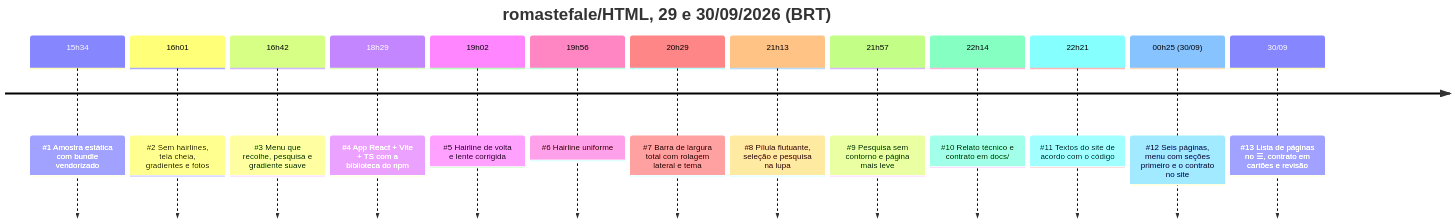
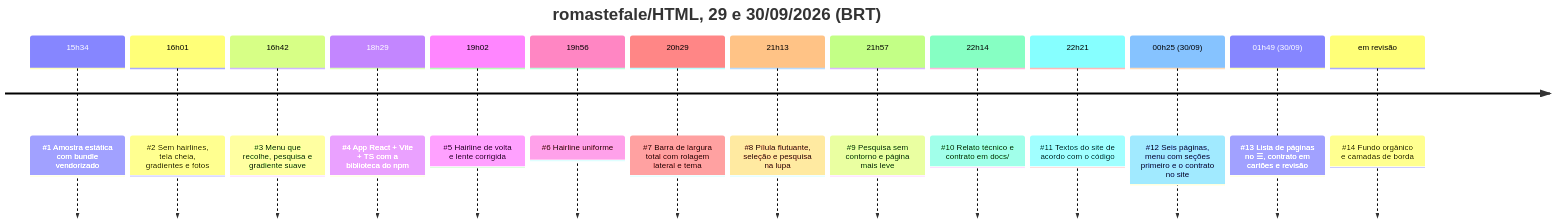
Before and after one commit to romastefale/HTML: the diagram in docs/HISTORICO.md, drawn with Mermaid. The commit also changed other lines of this file and 20 other files, not shown here.

First line of the commit message:
Fundo orgânico e camadas de borda na cor das barras

````diff
--- a/docs/HISTORICO.md
+++ b/docs/HISTORICO.md
@@ -5,17 +5,18 @@
 ```mermaid
 timeline
   title romastefale/HTML, 29 e 30/09/2026 (BRT)
   15h34 : #1 Amostra estática com bundle vendorizado
   16h01 : #2 Sem hairlines, tela cheia, gradientes e fotos
   16h42 : #3 Menu que recolhe, pesquisa e gradiente suave
   18h29 : #4 App React + Vite + TS com a biblioteca do npm
   19h02 : #5 Hairline de volta e lente corrigida
   19h56 : #6 Hairline uniforme
   20h29 : #7 Barra de largura total com rolagem lateral e tema
   21h13 : #8 Pílula flutuante, seleção e pesquisa na lupa
   21h57 : #9 Pesquisa sem contorno e página mais leve
   22h14 : #10 Relato técnico e contrato em docs/
   22h21 : #11 Textos do site de acordo com o código
   00h25 (30/09) : #12 Seis páginas, menu com seções primeiro e o contrato no site
-  30/09 : #13 Lista de páginas no ☰, contrato em cartões e revisão
+  01h49 (30/09) : #13 Lista de páginas no ☰, contrato em cartões e revisão
+  em revisão : #14 Fundo orgânico e camadas de borda
 ```
````
